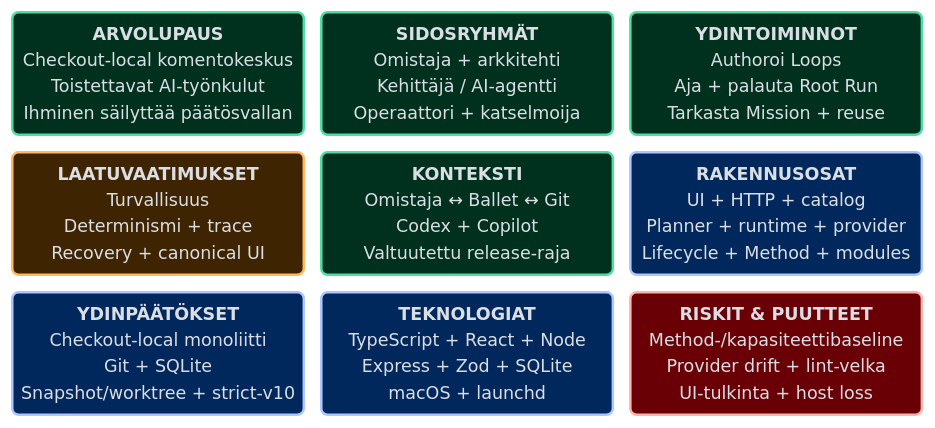
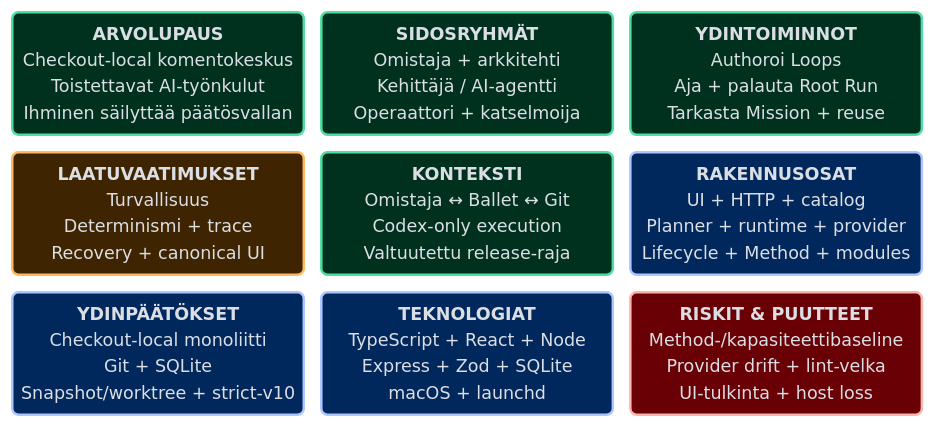
Before and after one commit to isinisalo/ballet: the diagram in .ballet/arc42/canvases/ARCHITECTURE-COMMUNICATION-CANVAS.md, drawn with Mermaid. The commit also changed other lines of this file and 135 other files, not shown here.

````diff
--- a/.ballet/arc42/canvases/ARCHITECTURE-COMMUNICATION-CANVAS.md
+++ b/.ballet/arc42/canvases/ARCHITECTURE-COMMUNICATION-CANVAS.md
@@ -29,40 +29,40 @@
 ```mermaid
 ---
 config:
   theme: base
   htmlLabels: true
   themeCSS: |
     .nodeLabel, .label, text, span, p { font-family: Inter, Arial, sans-serif !important; }
   themeVariables:
     background: '#0c0e11'
     primaryColor: '#111316'
     primaryTextColor: '#e2e2e6'
     primaryBorderColor: '#414755'
     fontFamily: 'Arial, sans-serif'
     fontSize: '14px'
   block:
     padding: 14
 ---
 block
   columns 3
   value("<b>ARVOLUPAUS</b><br/>Checkout-local komentokeskus<br/>Toistettavat AI-työnkulut<br/>Ihminen säilyttää päätösvallan")
   stakeholders("<b>SIDOSRYHMÄT</b><br/>Omistaja + arkkitehti<br/>Kehittäjä / AI-agentti<br/>Operaattori + katselmoija")
   functions("<b>YDINTOIMINNOT</b><br/>Authoroi Loops<br/>Aja + palauta Root Run<br/>Tarkasta Mission + reuse")
 
   quality("<b>LAATUVAATIMUKSET</b><br/>Turvallisuus<br/>Determinismi + trace<br/>Recovery + canonical UI")
-  context("<b>KONTEKSTI</b><br/>Omistaja ↔ Ballet ↔ Git<br/>Codex + Copilot<br/>Valtuutettu release-raja")
+  context("<b>KONTEKSTI</b><br/>Omistaja ↔ Ballet ↔ Git<br/>Codex-only execution<br/>Valtuutettu release-raja")
   components("<b>RAKENNUSOSAT</b><br/>UI + HTTP + catalog<br/>Planner + runtime + provider<br/>Lifecycle + Method + modules")
 
   decisions("<b>YDINPÄÄTÖKSET</b><br/>Checkout-local monoliitti<br/>Git + SQLite<br/>Snapshot/worktree + strict-v10")
   technologies("<b>TEKNOLOGIAT</b><br/>TypeScript + React + Node<br/>Express + Zod + SQLite<br/>macOS + launchd")
   risks("<b>RISKIT & PUUTTEET</b><br/>Method-/kapasiteettibaseline<br/>Provider drift + lint-velka<br/>UI-tulkinta + host loss")
 
   classDef business fill:#00311f,stroke:#4edea3,color:#6ffbbe,stroke-width:2px;
   classDef architecture fill:#00285c,stroke:#adc6ff,color:#d8e2ff,stroke-width:2px;
   classDef qualityCard fill:#3e2400,stroke:#ffb95f,color:#ffddb8,stroke-width:2px;
   classDef riskCard fill:#690005,stroke:#ffb4ab,color:#ffdad6,stroke-width:2px;
   class value,stakeholders,functions,context business
   class components,decisions,technologies architecture
   class quality qualityCard
   class risks riskCard
 ```
````
